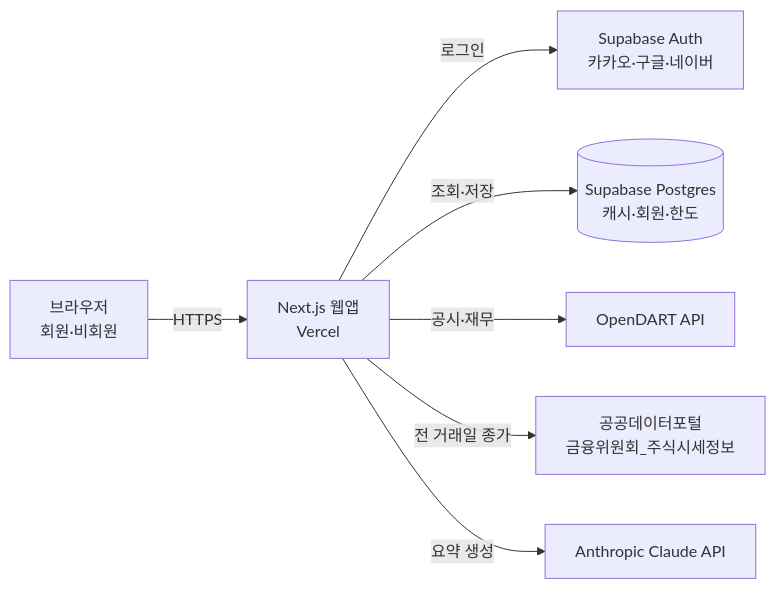
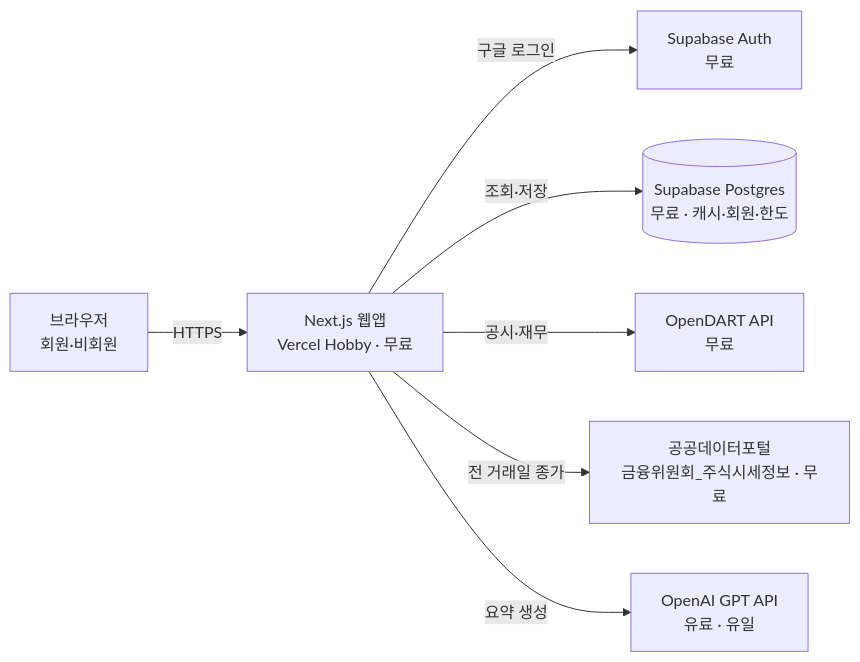
Before and after one commit to Benji5526/project_sleepyheads: the first of 2 diagrams in DevelopDoc/TECH_SPEC.md, drawn with Mermaid. The commit also changed other lines of this file and 1 other file, not shown here.

````diff
--- a/DevelopDoc/TECH_SPEC.md
+++ b/DevelopDoc/TECH_SPEC.md
@@ -18,9 +33,9 @@
 ```mermaid
 flowchart LR
-    U[브라우저<br/>회원·비회원] -->|HTTPS| W[Next.js 웹앱<br/>Vercel]
-    W -->|로그인| A[Supabase Auth<br/>카카오·구글·네이버]
-    W -->|조회·저장| D[(Supabase Postgres<br/>캐시·회원·한도)]
-    W -->|공시·재무| O[OpenDART API]
-    W -->|전 거래일 종가| P[공공데이터포털<br/>금융위원회_주식시세정보]
-    W -->|요약 생성| L[Anthropic Claude API]
+    U[브라우저<br/>회원·비회원] -->|HTTPS| W[Next.js 웹앱<br/>Vercel Hobby · 무료]
+    W -->|구글 로그인| A[Supabase Auth<br/>무료]
+    W -->|조회·저장| D[(Supabase Postgres<br/>무료 · 캐시·회원·한도)]
+    W -->|공시·재무| O[OpenDART API<br/>무료]
+    W -->|전 거래일 종가| P[공공데이터포털<br/>금융위원회_주식시세정보 · 무료]
+    W -->|요약 생성| L[OpenAI GPT API<br/>유료 · 유일]
 ```
````
